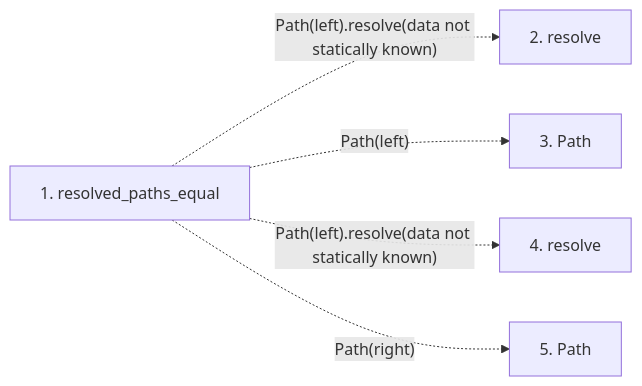
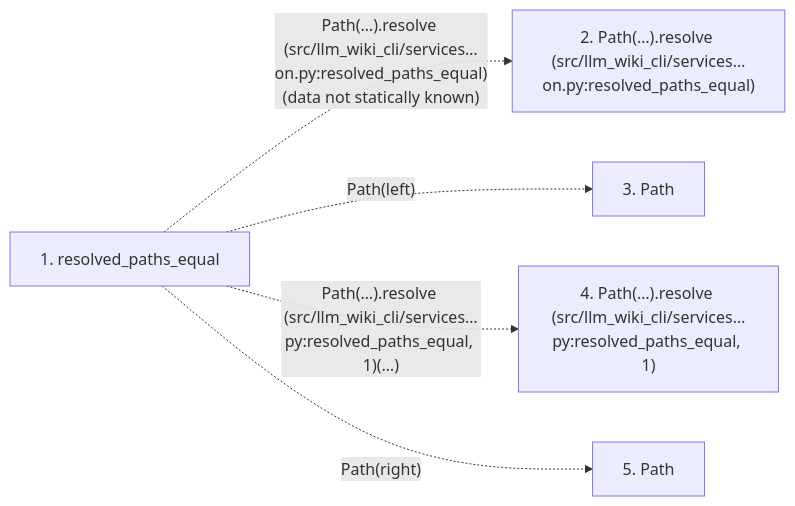
Before and after one commit to Denissvgn/python-wiki-llm: the second of 2 diagrams in docs/llm_wiki/flows/api-resolved_paths_equal.md, drawn with Mermaid. The commit also changed other lines of this file and 719 other files, not shown here.

````diff
--- a/docs/llm_wiki/flows/api-resolved_paths_equal.md
+++ b/docs/llm_wiki/flows/api-resolved_paths_equal.md
@@ -24,13 +25,13 @@
 ```mermaid
 flowchart LR
     s1["1. resolved_paths_equal"]
-    s2["2. resolve"]
+    s2["2. Path(…).resolve (src/llm_wiki_cli/services…on.py:resolved_paths_equal)"]
     s3["3. Path"]
-    s4["4. resolve"]
+    s4["4. Path(…).resolve (src/llm_wiki_cli/services…py:resolved_paths_equal, 1)"]
     s5["5. Path"]
-    s1 -. "Path(left).resolve(data not statically known)" .-> s2
+    s1 -. "Path(…).resolve (src/llm_wiki_cli/services…on.py:resolved_paths_equal)(data not statically known)" .-> s2
     s1 -. "Path(left)" .-> s3
-    s1 -. "Path(left).resolve(data not statically known)" .-> s4
+    s1 -. "Path(…).resolve (src/llm_wiki_cli/services…py:resolved_paths_equal, 1)(…)" .-> s4
     s1 -. "Path(right)" .-> s5
     click s1 "../modules/validation.md"
 ```
````
